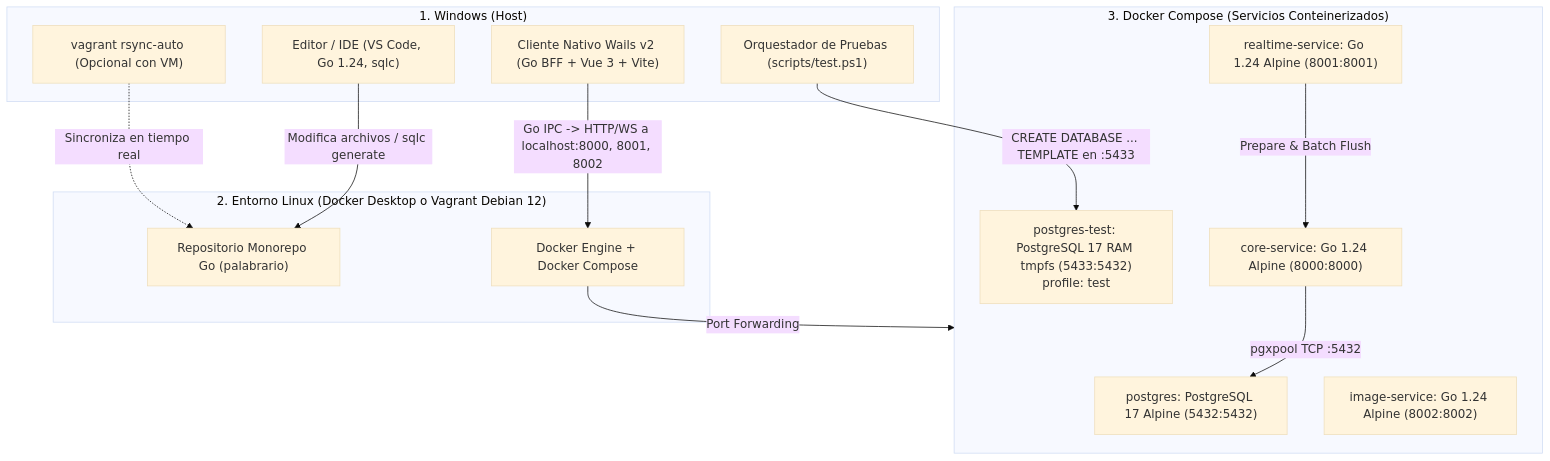
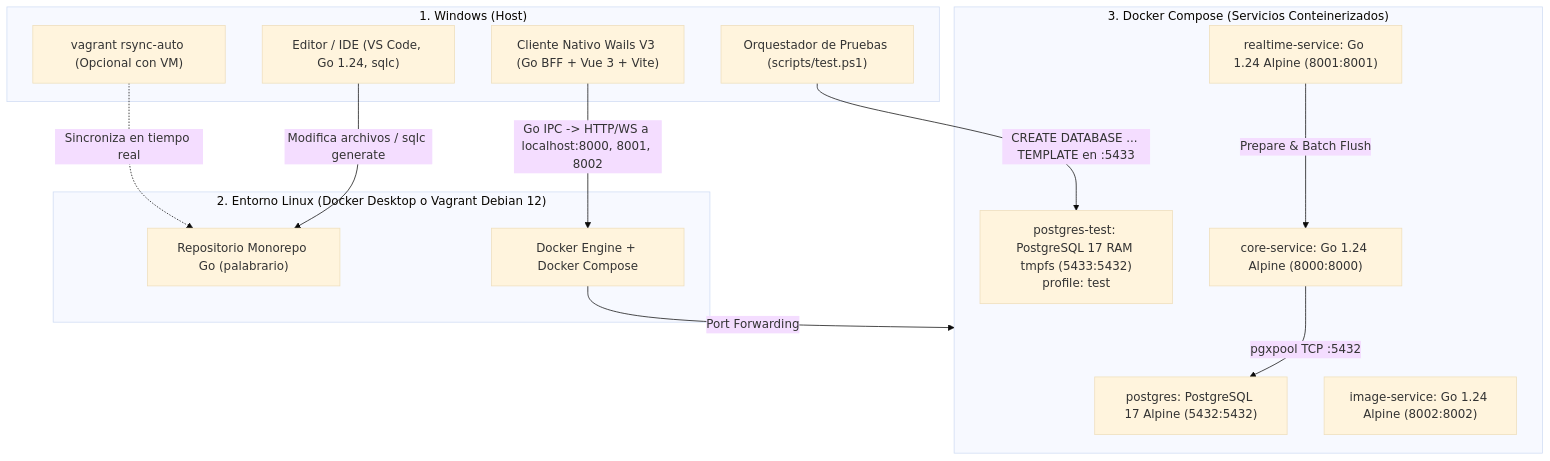
One commit to OGShawnLee/palabrario changed the diagram in .context/INFRASTRUCTURE.md. Above: the diagram before and after it, drawn with Mermaid (base theme). The commit also changed 82 other files, not shown here.

````diff
--- a/.context/INFRASTRUCTURE.md
+++ b/.context/INFRASTRUCTURE.md
@@ -9,30 +9,30 @@
 ```mermaid
 flowchart TD
     subgraph Host["1. Windows (Host)"]
         Editor["Editor / IDE (VS Code, Go 1.24, sqlc)"]
-        Frontend["Cliente Nativo Wails v2 (Go BFF + Vue 3 + Vite)"]
+        Frontend["Cliente Nativo Wails V3 (Go BFF + Vue 3 + Vite)"]
         TestRunner["Orquestador de Pruebas (scripts/test.ps1)"]
         RsyncWatcher["vagrant rsync-auto (Opcional con VM)"]
     end
 
     subgraph VM["2. Entorno Linux (Docker Desktop o Vagrant Debian 12)"]
         SyncedCode["Repositorio Monorepo Go (palabrario)"]
         DockerEngine["Docker Engine + Docker Compose"]
     end
 
     subgraph Containers["3. Docker Compose (Servicios Conteinerizados)"]
         Postgres["postgres: PostgreSQL 17 Alpine (5432:5432)"]
         PostgresTest["postgres-test: PostgreSQL 17 RAM tmpfs (5433:5432)<br/>profile: test"]
         Core["core-service: Go 1.24 Alpine (8000:8000)"]
         Realtime["realtime-service: Go 1.24 Alpine (8001:8001)"]
         ImageSvc["image-service: Go 1.24 Alpine (8002:8002)"]
     end
 
     Editor -->|Modifica archivos / sqlc generate| SyncedCode
     RsyncWatcher -.->|Sincroniza en tiempo real| SyncedCode
     Frontend -->|Go IPC -> HTTP/WS a localhost:8000, 8001, 8002| DockerEngine
     TestRunner -->|CREATE DATABASE ... TEMPLATE en :5433| PostgresTest
     DockerEngine -->|Port Forwarding| Containers
     Core -->|pgxpool TCP :5432| Postgres
     Realtime -->|Prepare & Batch Flush| Core
 ```
````
